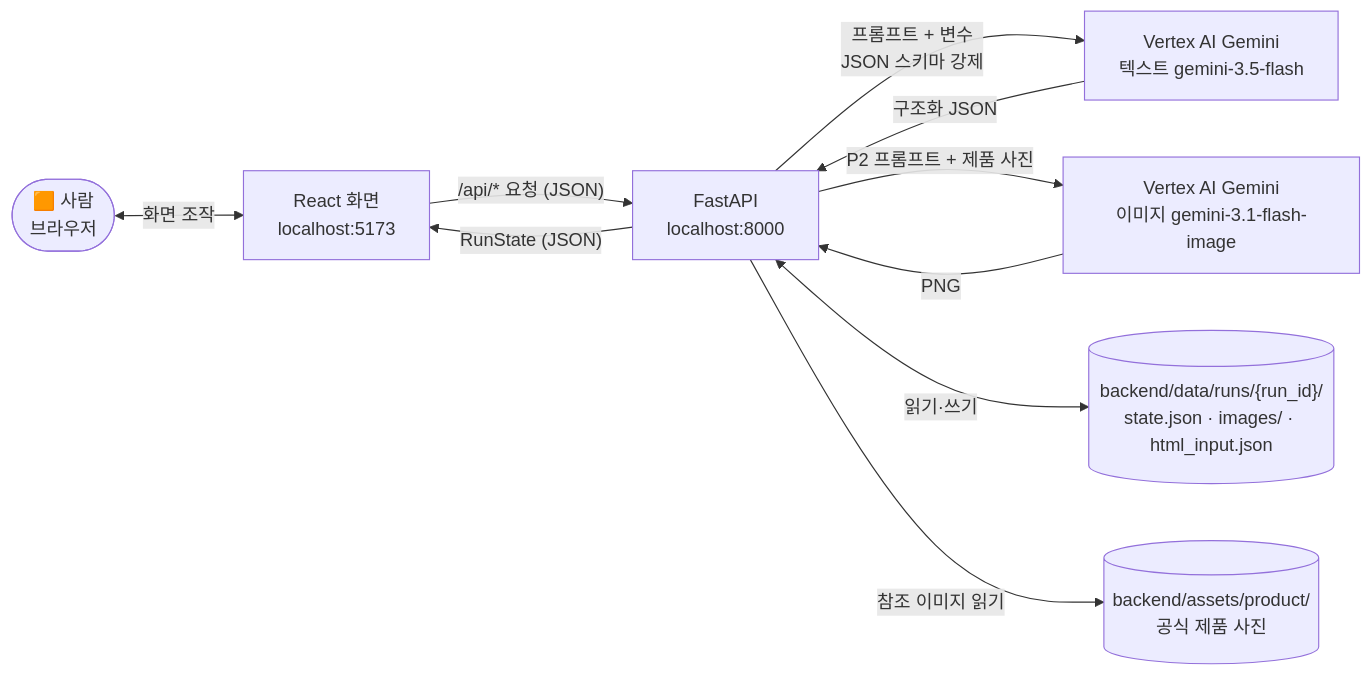
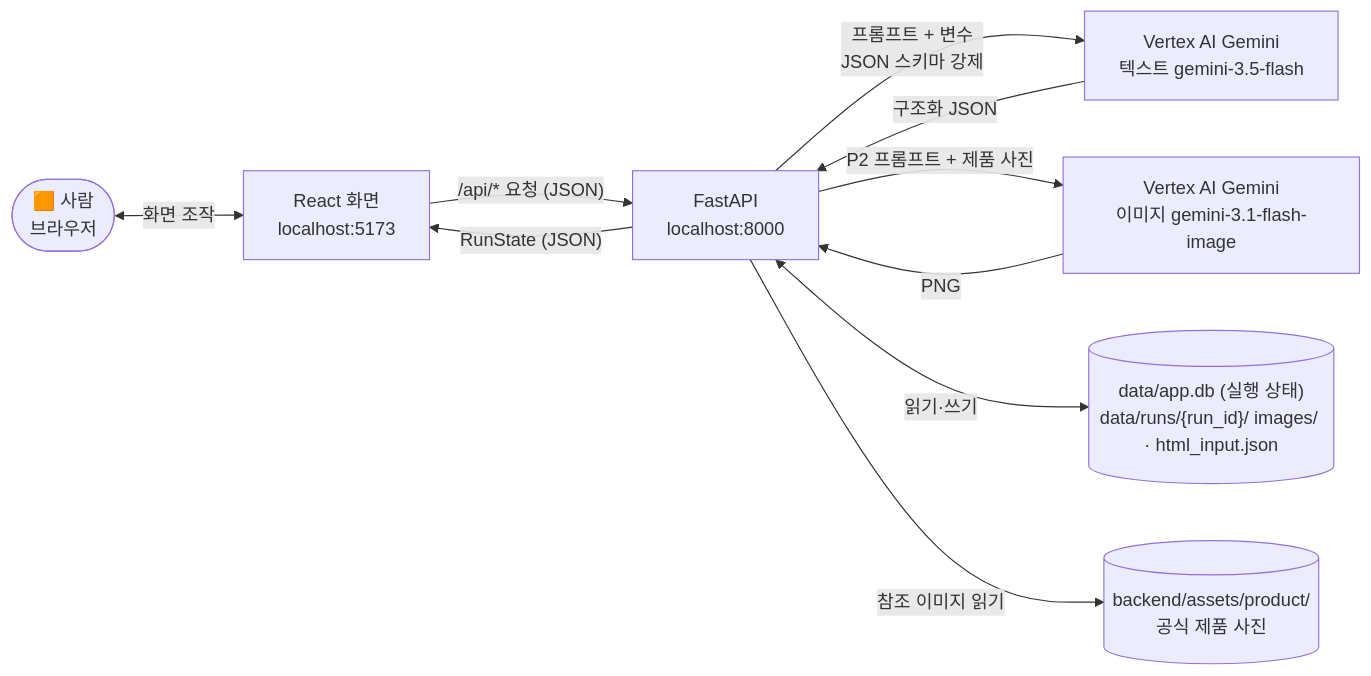
The second of 2 diagrams in docs/flow.md (harinsd404/CRM-prototype), drawn with Mermaid before and after one commit. The commit also changed other lines of this file and 22 other files, not shown here.

````diff
--- a/docs/flow.md
+++ b/docs/flow.md
@@ -71,12 +71,12 @@
 ```mermaid
 flowchart LR
     U(["🟧 사람<br/>브라우저"]) <-- "화면 조작" --> FE["React 화면<br/>localhost:5173"]
     FE -- "/api/* 요청 (JSON)" --> BE["FastAPI<br/>localhost:8000"]
     BE -- "RunState (JSON)" --> FE
     BE -- "프롬프트 + 변수<br/>JSON 스키마 강제" --> TXT["Vertex AI Gemini<br/>텍스트 gemini-3.5-flash"]
     TXT -- "구조화 JSON" --> BE
     BE -- "P2 프롬프트 + 제품 사진" --> IMG["Vertex AI Gemini<br/>이미지 gemini-3.1-flash-image"]
     IMG -- "PNG" --> BE
-    BE <-- "읽기·쓰기" --> FS[("backend/data/runs/{run_id}/<br/>state.json · images/ · html_input.json")]
+    BE <-- "읽기·쓰기" --> FS[("data/app.db (실행 상태)<br/>data/runs/{run_id}/ images/ · html_input.json")]
     BE -- "참조 이미지 읽기" --> PR[("backend/assets/product/<br/>공식 제품 사진")]
 ```
````
